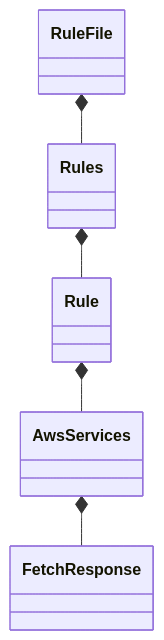
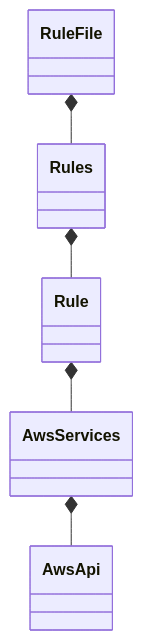
One commit to bun913/textlint-rule-aws-service-name changed the second of 2 diagrams in CONTRIBUTING.md. Above: the diagram before and after it, drawn with Mermaid. The commit also changed other lines of this file and 4 other files, not shown here.

````diff
--- a/CONTRIBUTING.md
+++ b/CONTRIBUTING.md
@@ -82,7 +82,7 @@
 ```mermaid
 classDiagram
     RuleFile *-- Rules
     Rules *-- Rule
     Rule *-- AwsServices
-    AwsServices *-- FetchResponse
+    AwsServices *-- AwsApi
 ```
````
